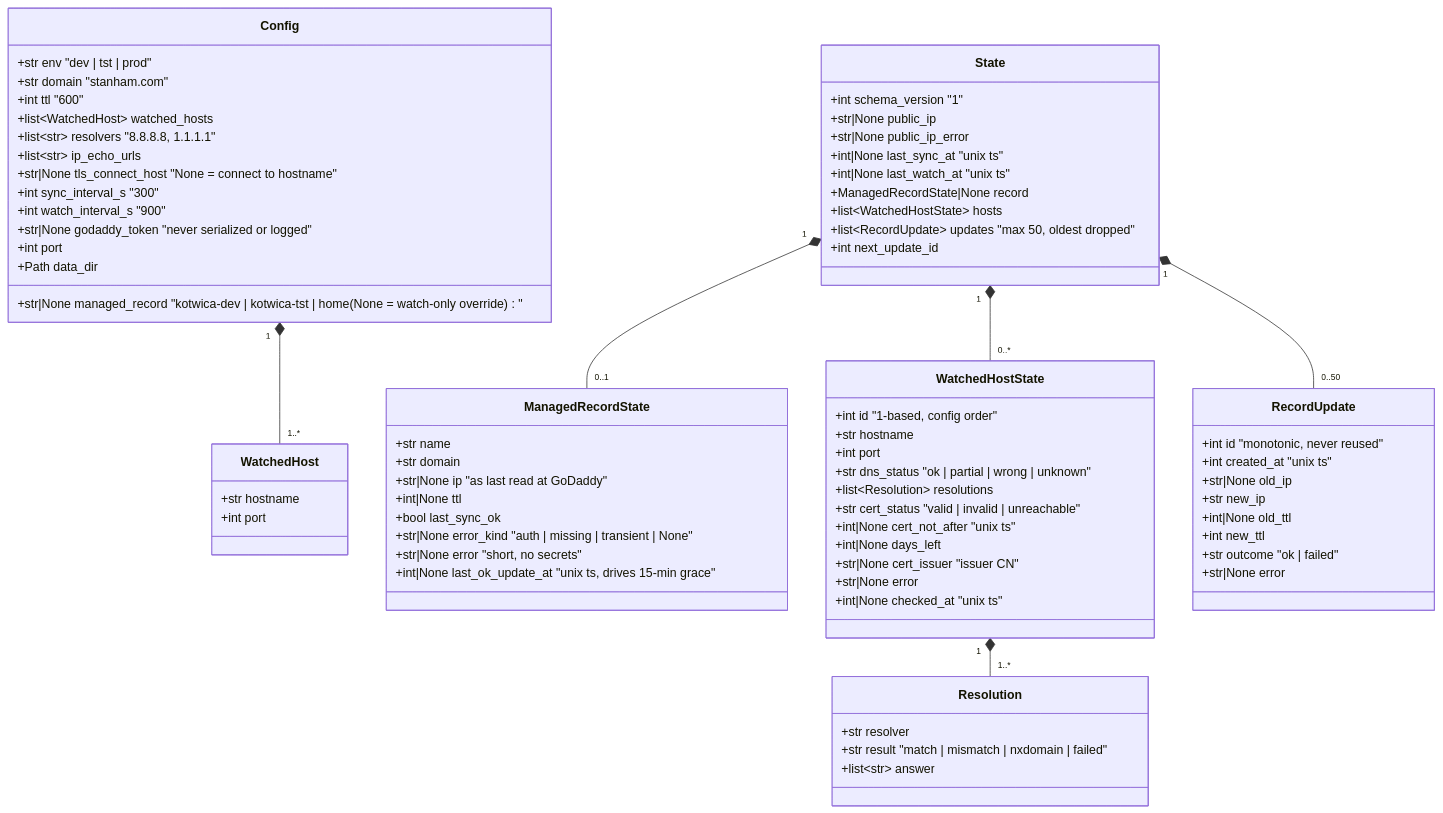
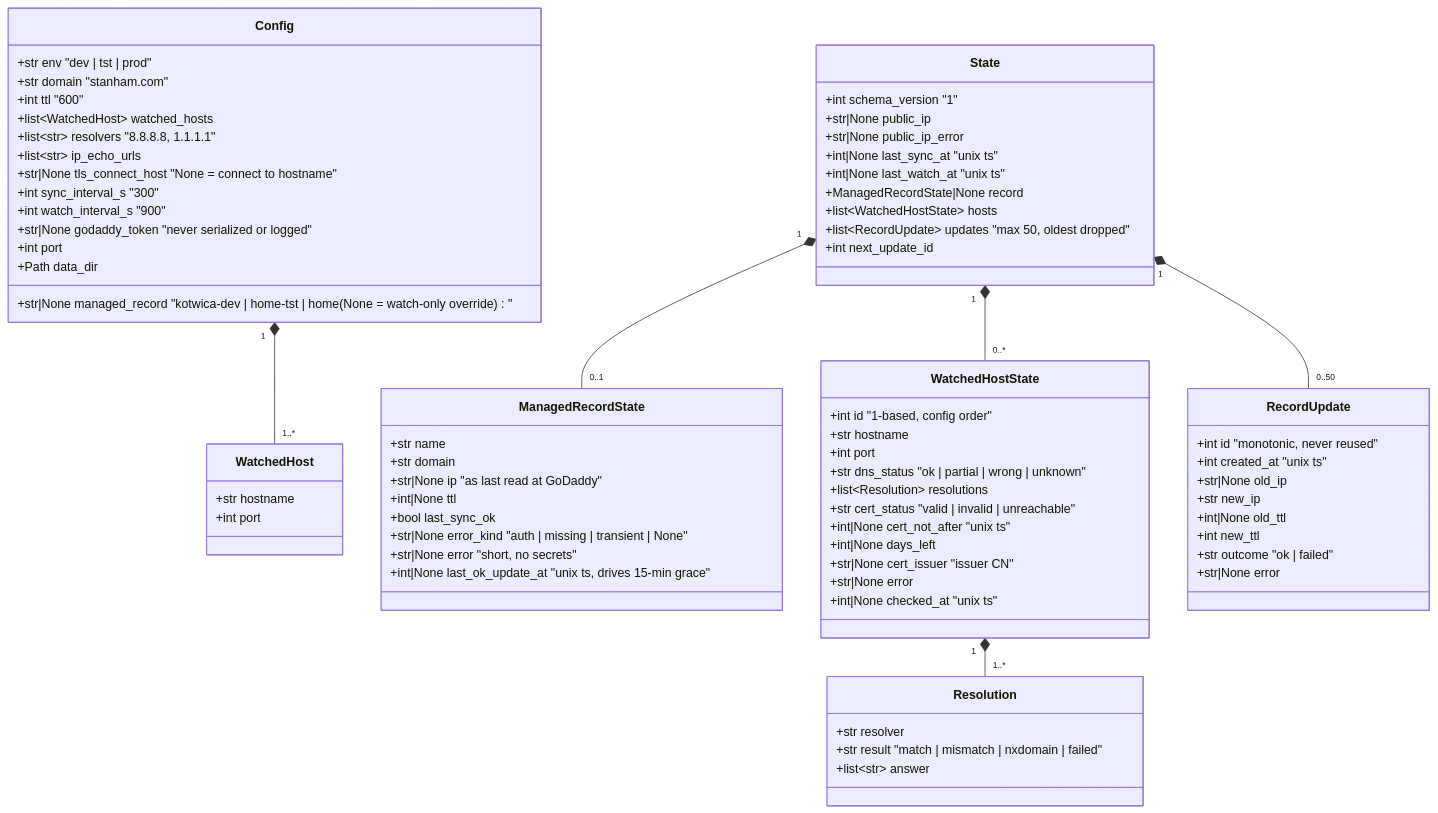
Before and after one commit to felipe-stanham/Kotwica: the diagram in docs/Projects/P-0001/data_model.md, drawn with Mermaid. The commit also changed 10 other files, not shown here.

First line of the commit message:
feat(T-0001): tst record is home-tst and tst watches home-tst:443

```diff
--- a/docs/Projects/P-0001/data_model.md
+++ b/docs/Projects/P-0001/data_model.md
@@ -14,7 +14,7 @@
     class Config {
         +str env  "dev | tst | prod"
         +str domain  "stanham.com"
-        +str|None managed_record  "kotwica-dev | kotwica-tst | home (None = watch-only override)"
+        +str|None managed_record  "kotwica-dev | home-tst | home (None = watch-only override)"
         +int ttl  "600"
         +list~WatchedHost~ watched_hosts
         +list~str~ resolvers  "8.8.8.8, 1.1.1.1"
```
